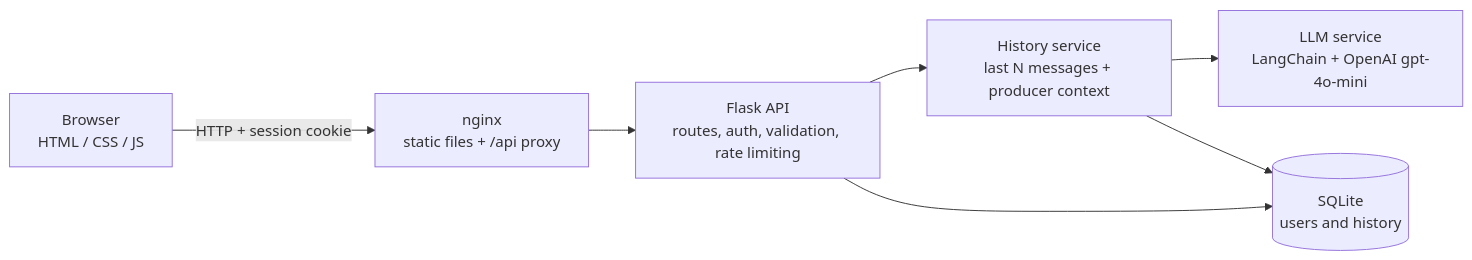
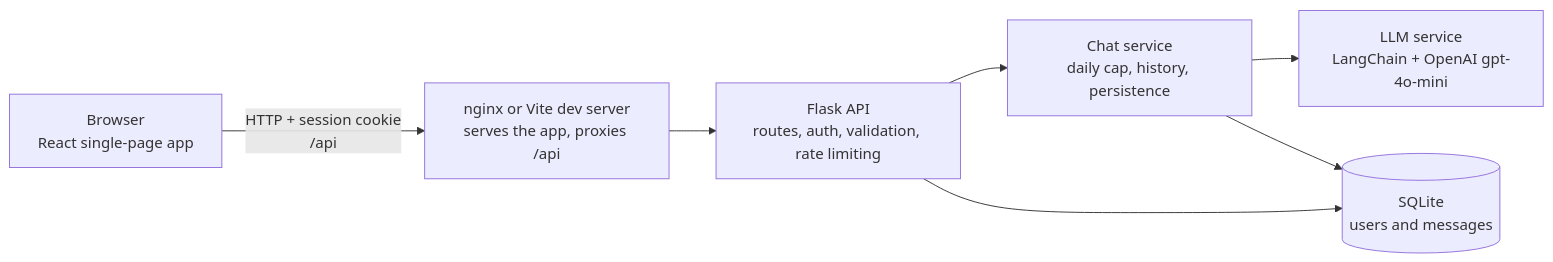
One commit to tiagoosm/SVDA_Fetin changed the diagram in README.md. Above: the diagram before and after it, drawn with Mermaid. The commit also changed other lines of this file and 11 other files, not shown here.

````diff
--- a/README.md
+++ b/README.md
@@ -52,9 +49,9 @@
 ```mermaid
 flowchart LR
-    U[Browser<br/>HTML / CSS / JS] -->|HTTP + session cookie| N[nginx<br/>static files + /api proxy]
-    N --> A[Flask API<br/>routes, auth, validation, rate limiting]
-    A --> H[History service<br/>last N messages + producer context]
-    H --> L[LLM service<br/>LangChain + OpenAI gpt-4o-mini]
-    A --> D[(SQLite<br/>users and history)]
-    H --> D
+    U["Browser<br/>React single-page app"] -->|"HTTP + session cookie<br/>/api"| N["nginx or Vite dev server<br/>serves the app, proxies /api"]
+    N --> A["Flask API<br/>routes, auth, validation, rate limiting"]
+    A --> C["Chat service<br/>daily cap, history, persistence"]
+    C --> L["LLM service<br/>LangChain + OpenAI gpt-4o-mini"]
+    C --> D[("SQLite<br/>users and messages")]
+    A --> D
 ```
````
